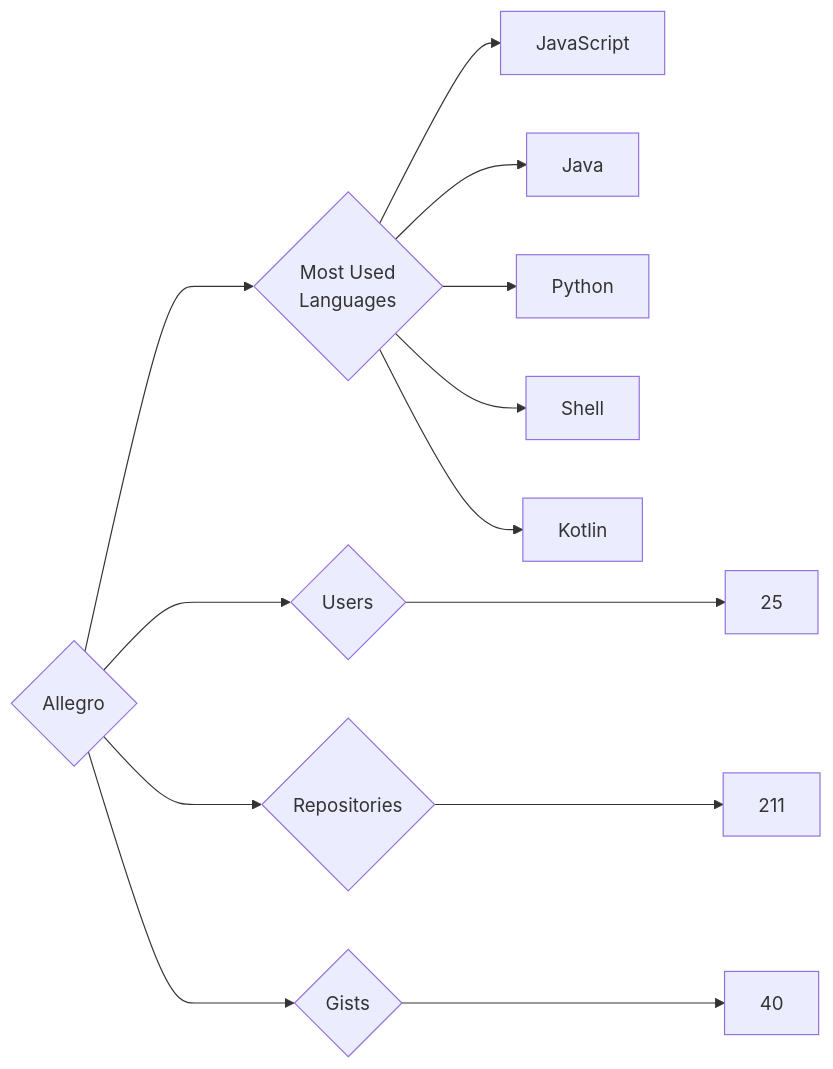
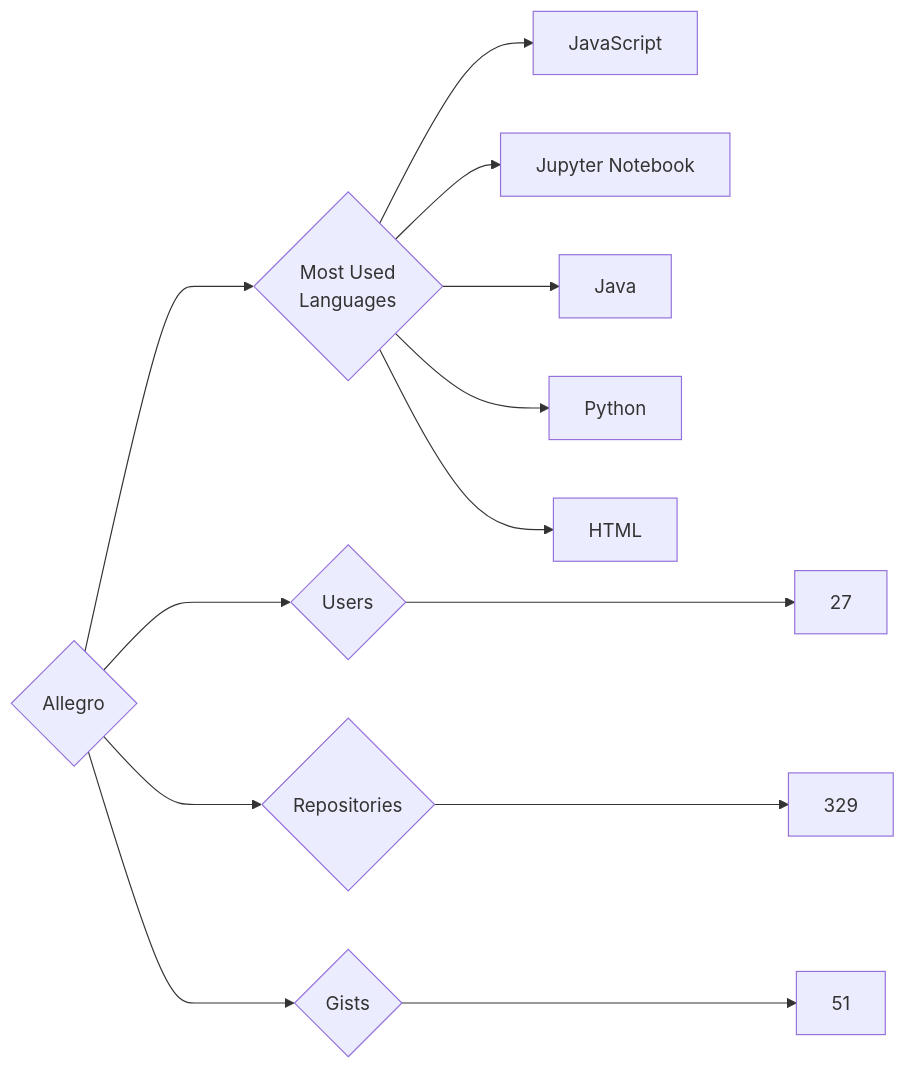
Before and after one commit to trickest/insiders: the diagram in targets/Allegro/README.md, drawn with Mermaid. The commit also changed 912 other files, not shown here.

````diff
--- a/targets/Allegro/README.md
+++ b/targets/Allegro/README.md
@@ -3,13 +3,13 @@
 ```mermaid
 graph LR
 COMPANY_NAME{Allegro}
-COMPANY_NAME ---> U{Users} ---> UN[25]
-COMPANY_NAME ---> R{Repositories} ---> RN[211]
-COMPANY_NAME ---> G{Gists} ---> GN[40]
+COMPANY_NAME ---> U{Users} ---> UN[27]
+COMPANY_NAME ---> R{Repositories} ---> RN[329]
+COMPANY_NAME ---> G{Gists} ---> GN[51]
 COMPANY_NAME ---> ML{Most Used<br>Languages}
 ML --> JavaScript[JavaScript]
+ML --> Jupyter_Notebook[Jupyter Notebook]
 ML --> Java[Java]
 ML --> Python[Python]
-ML --> Shell[Shell]
-ML --> Kotlin[Kotlin]
+ML --> HTML[HTML]
 ```
````
